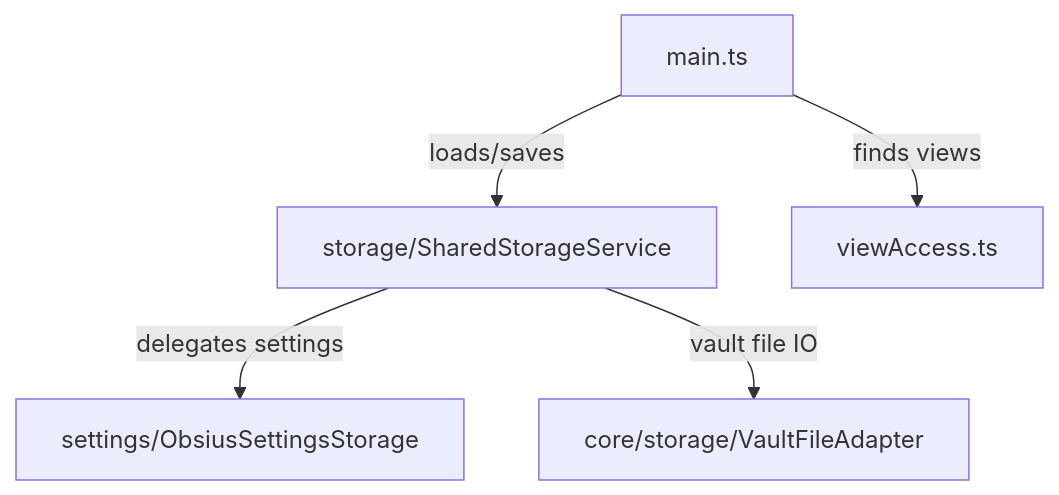
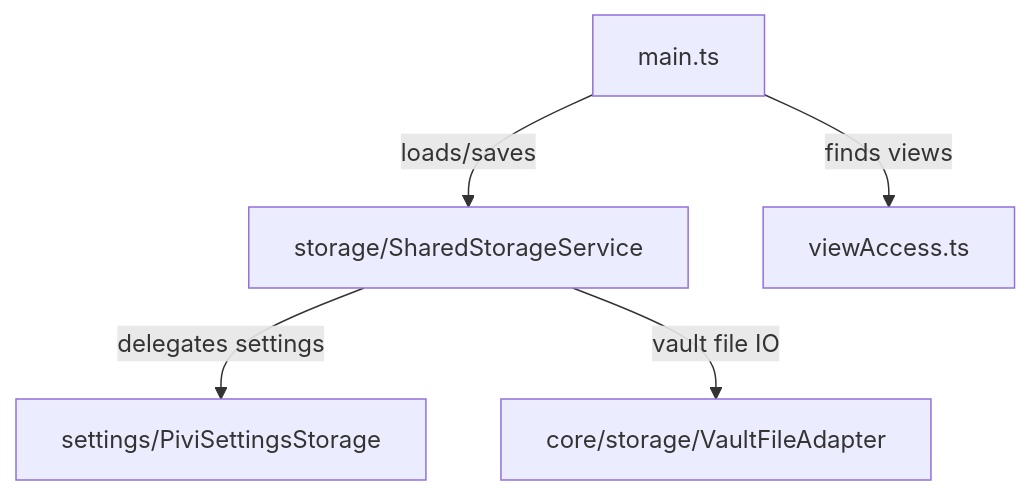
The diagram in src/app/AGENTS.md (shuuul/obsidian-pivi), drawn with Mermaid before and after one commit. The commit also changed other lines of this file and 283 other files, not shown here.

First line of the commit message:
feat(plugin)!: rename Obsius to Pivi

````diff
--- a/src/app/AGENTS.md
+++ b/src/app/AGENTS.md
@@ -7,7 +7,7 @@
 ```mermaid
 flowchart TD
   Main["main.ts"] -- "loads/saves" --> Storage["storage/SharedStorageService"]
-  Storage -- "delegates settings" --> Settings["settings/ObsiusSettingsStorage"]
+  Storage -- "delegates settings" --> Settings["settings/PiviSettingsStorage"]
   Storage -- "vault file IO" --> CoreStorage["core/storage/VaultFileAdapter"]
   Main -- "finds views" --> ViewAccess["viewAccess.ts"]
 ```
````
